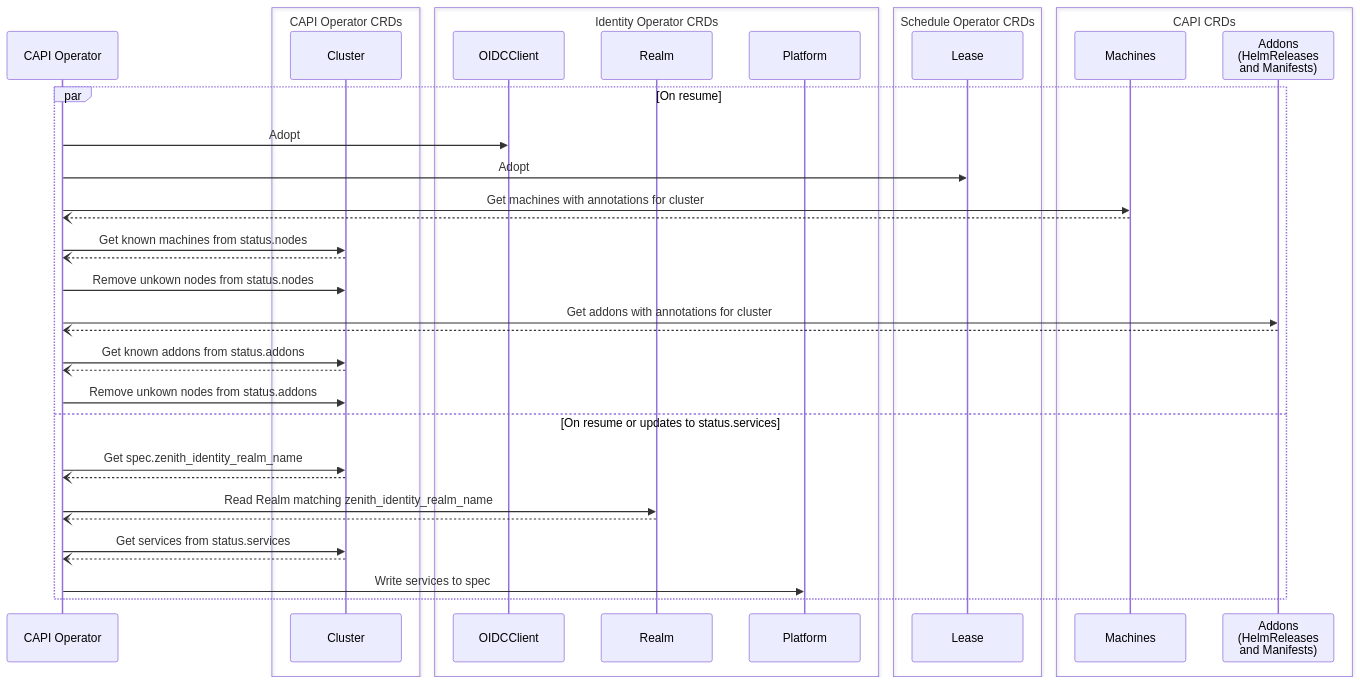
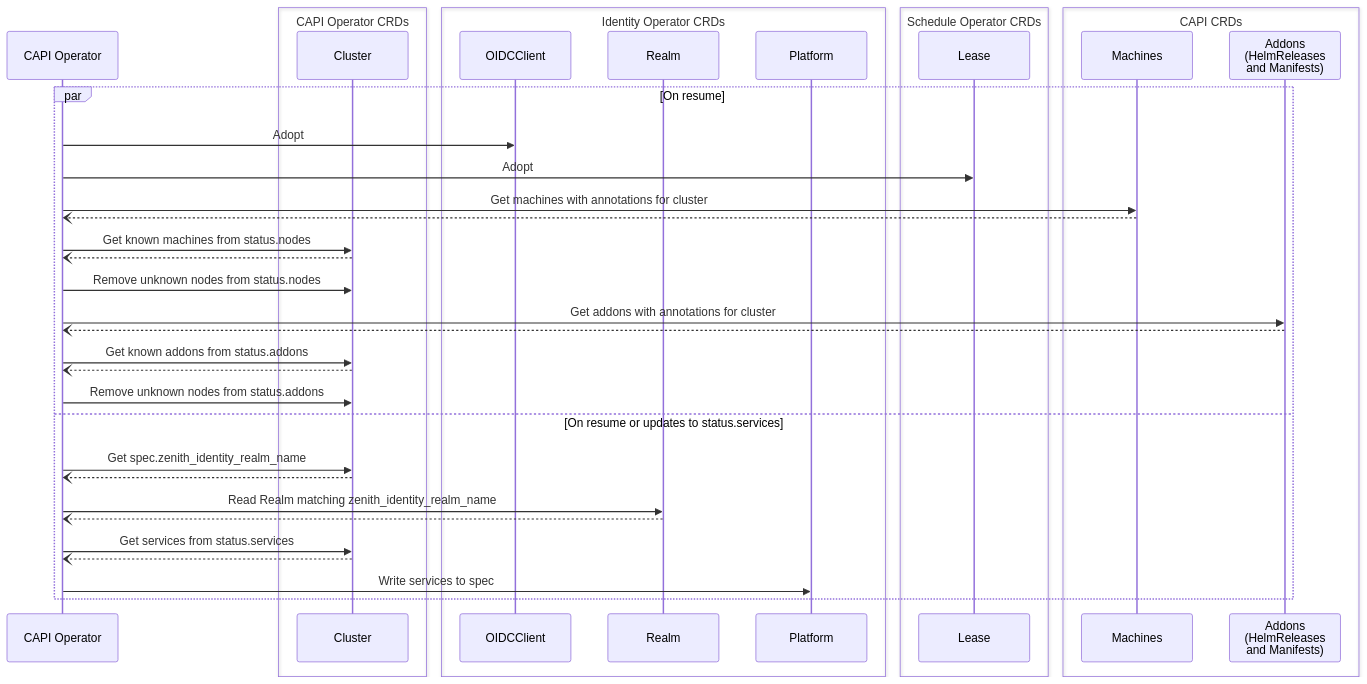
One commit to azimuth-cloud/azimuth-capi-operator changed the second of 2 diagrams in README.md. Above: the diagram before and after it, drawn with Mermaid.

````diff
--- a/README.md
+++ b/README.md
@@ -71,41 +71,41 @@
 ```mermaid
 sequenceDiagram
     participant capi as CAPI Operator
     box CAPI Operator CRDs
     participant cluster as Cluster
     end
     box Identity Operator CRDs
     participant oidcclient as OIDCClient
     participant realm as Realm
     participant platform as Platform
     end
     box Schedule Operator CRDs
     participant lease as Lease
     end
     box CAPI CRDs
     participant machines as Machines
     participant addons as Addons <br/> (HelmReleases <br/> and Manifests)
     end
     par On resume
       capi->>oidcclient: Adopt
       capi->>lease: Adopt
       capi->>machines: Get machines with annotations for cluster
       machines--)capi:
       capi->>cluster: Get known machines from status.nodes
       cluster--)capi:
-      capi->>cluster: Remove unkown nodes from status.nodes
+      capi->>cluster: Remove unknown nodes from status.nodes
       capi->>addons: Get addons with annotations for cluster
       addons--)capi:
       capi->>cluster: Get known addons from status.addons
       cluster--)capi:
-      capi->>cluster: Remove unkown nodes from status.addons
+      capi->>cluster: Remove unknown nodes from status.addons
     and On resume or updates to status.services
       capi->>cluster: Get spec.zenith_identity_realm_name
       cluster--)capi:
       capi->>realm: Read Realm matching zenith_identity_realm_name
       realm--)capi:
       capi->>cluster: Get services from status.services
       cluster--)capi:
       capi->>platform: Write services to spec
     end
 ```
````
